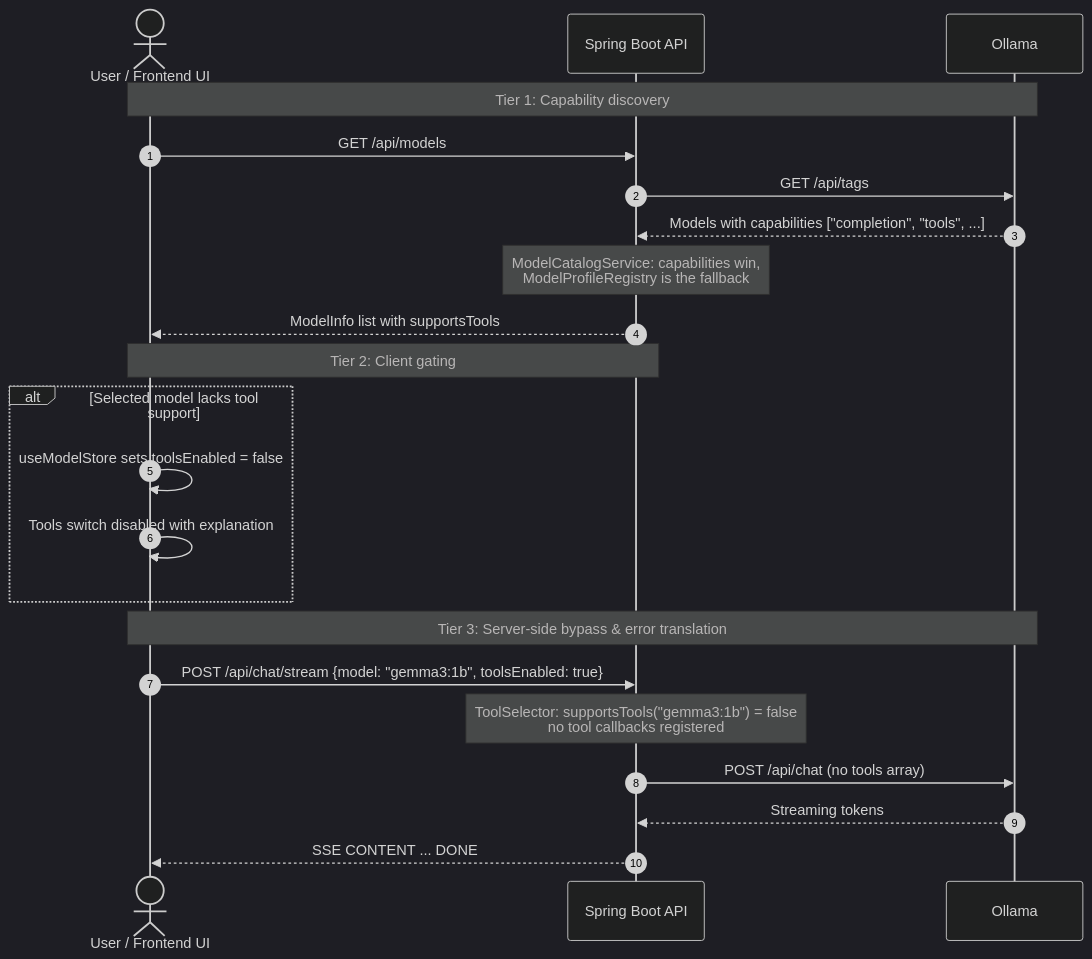
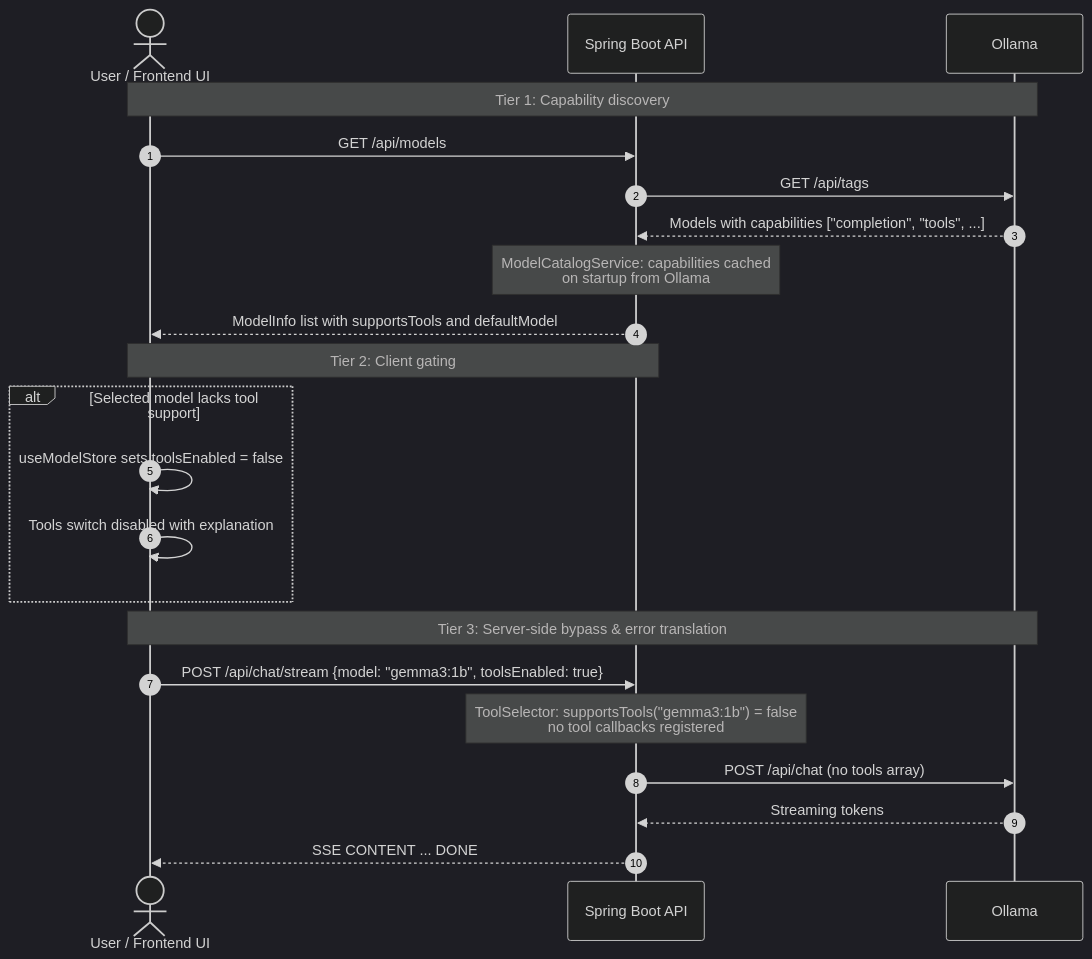
The fourth of 5 diagrams in docs/DESIGN.md (gitApurv/LocalMind), drawn with Mermaid (dark theme) before and after one commit. The commit also changed other lines of this file and 3 other files, not shown here.

Commit message:
docs: update architecture, prompt pipeline and coding guidelines

````diff
--- a/docs/DESIGN.md
+++ b/docs/DESIGN.md
@@ -389,27 +389,27 @@
 ```mermaid
 sequenceDiagram
     autonumber
     actor User as User / Frontend UI
     participant Backend as Spring Boot API
     participant Ollama as Ollama
 
     Note over User, Ollama: Tier 1: Capability discovery
     User->>Backend: GET /api/models
     Backend->>Ollama: GET /api/tags
     Ollama-->>Backend: Models with capabilities ["completion", "tools", ...]
-    Note over Backend: ModelCatalogService: capabilities win,<br/>ModelProfileRegistry is the fallback
-    Backend-->>User: ModelInfo list with supportsTools
+    Note over Backend: ModelCatalogService: capabilities cached<br/>on startup from Ollama
+    Backend-->>User: ModelInfo list with supportsTools and defaultModel
 
     Note over User, Backend: Tier 2: Client gating
     alt Selected model lacks tool support
         User->>User: useModelStore sets toolsEnabled = false
         User->>User: Tools switch disabled with explanation
     end
 
     Note over User, Ollama: Tier 3: Server-side bypass & error translation
     User->>Backend: POST /api/chat/stream {model: "gemma3:1b", toolsEnabled: true}
     Note over Backend: ToolSelector: supportsTools("gemma3:1b") = false<br/>no tool callbacks registered
     Backend->>Ollama: POST /api/chat (no tools array)
     Ollama-->>Backend: Streaming tokens
     Backend-->>User: SSE CONTENT ... DONE
 ```
````
